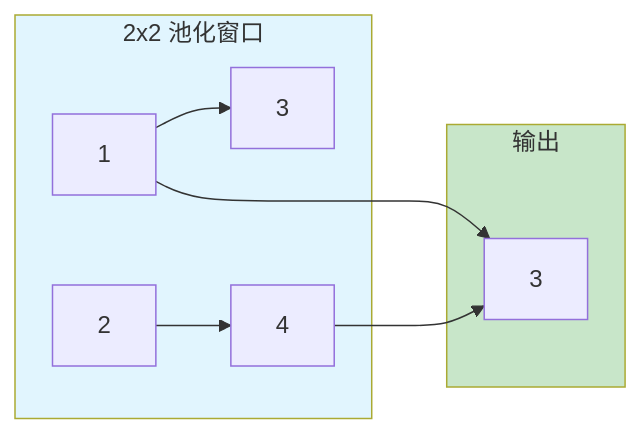
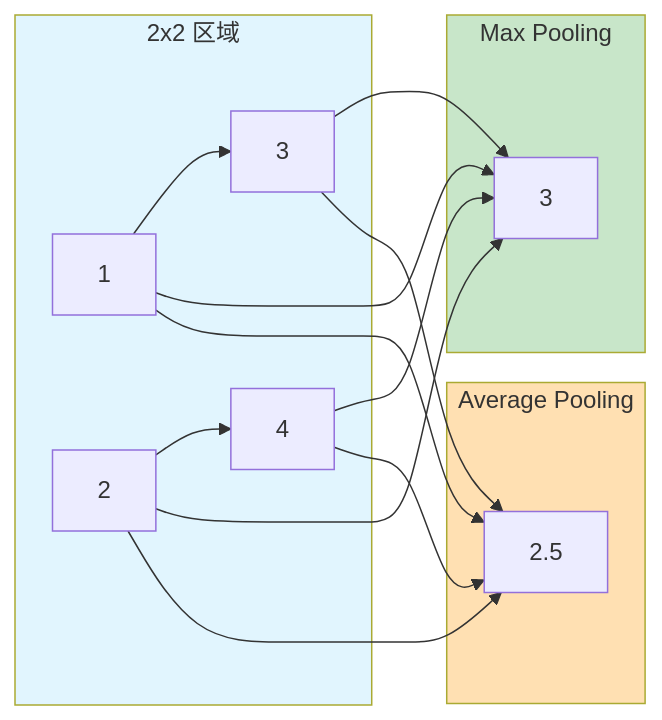
Before and after one commit to doge-liang/from-function-to-transformer: the second of 2 diagrams in docs/03-cnn.md, drawn with Mermaid. The commit also changed other lines of this file, not shown here.

````diff
--- a/docs/03-cnn.md
+++ b/docs/03-cnn.md
@@ -101,17 +199,29 @@
 ```mermaid
-graph LR
-    subgraph 输入["2x2 池化窗口"]
+flowchart LR
+    subgraph 输入["2x2 区域"]
     p1[1] --> p2[3]
     p3[2] --> p4[4]
     end
 
-    subgraph 输出
+    subgraph Max输出["Max Pooling"]
     m[3]
     end
 
+    subgraph Avg输出["Average Pooling"]
+    a[2.5]
+    end
+
     p1 --> m
+    p2 --> m
+    p3 --> m
     p4 --> m
 
+    p1 --> a
+    p2 --> a
+    p3 --> a
+    p4 --> a
+
     style 输入 fill:#e1f5fe
-    style 输出 fill:#c8e6c9
+    style Max输出 fill:#c8e6c9
+    style Avg输出 fill:#ffe0b2
 ```
````
